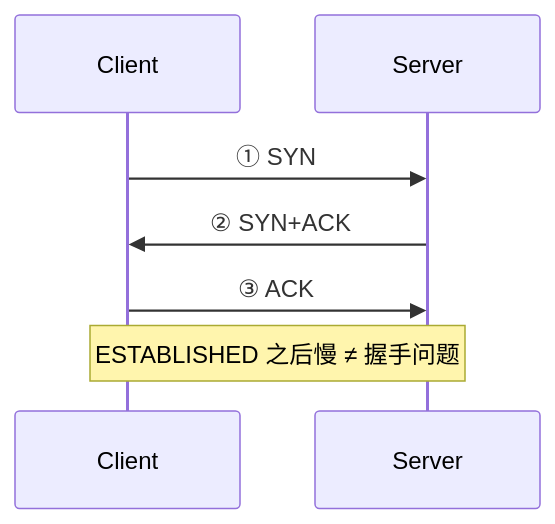
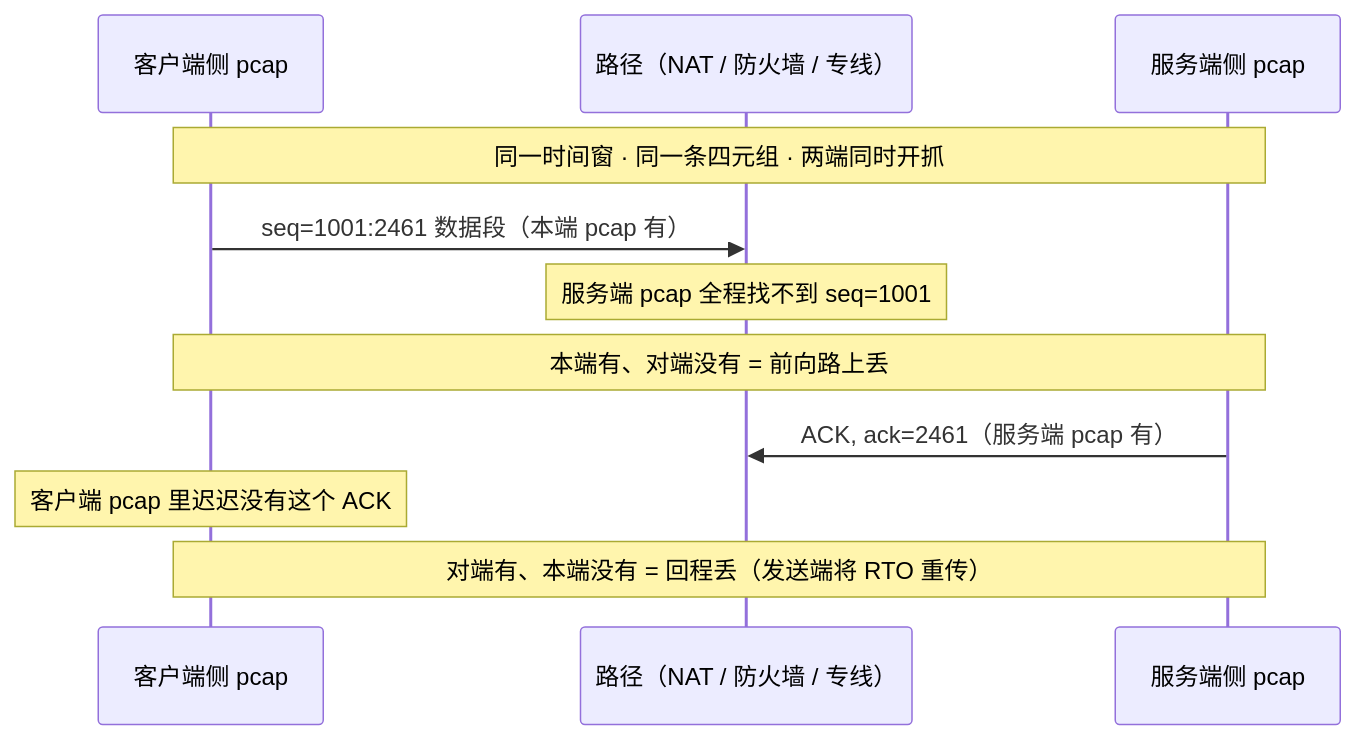
The second of 5 diagrams in 01-基础底座/16-网络排障与抓包/知识点.md (ml-cuizijun/LearnToLilith), drawn with Mermaid before and after one commit. The commit also changed other lines of this file and 470 other files, not shown here.

````diff
--- a/01-基础底座/16-网络排障与抓包/知识点.md
+++ b/01-基础底座/16-网络排障与抓包/知识点.md
@@ -832,9 +142,13 @@
 ```mermaid
 sequenceDiagram
-    participant C as Client
-    participant S as Server
-    C->>S: ① SYN
-    S->>C: ② SYN+ACK
-    C->>S: ③ ACK
-    Note over C,S: ESTABLISHED 之后慢 ≠ 握手问题
+    participant C as 客户端侧 pcap
+    participant N as 路径（NAT / 防火墙 / 专线）
+    participant S as 服务端侧 pcap
+    Note over C,S: 同一时间窗 · 同一条四元组 · 两端同时开抓
+    C->>N: seq=1001:2461 数据段（本端 pcap 有）
+    Note over N: 服务端 pcap 全程找不到 seq=1001
+    Note over C,S: 本端有、对端没有 = 前向路上丢
+    S->>N: ACK, ack=2461（服务端 pcap 有）
+    Note over C: 客户端 pcap 里迟迟没有这个 ACK
+    Note over C,S: 对端有、本端没有 = 回程丢（发送端将 RTO 重传）
 ```
````
